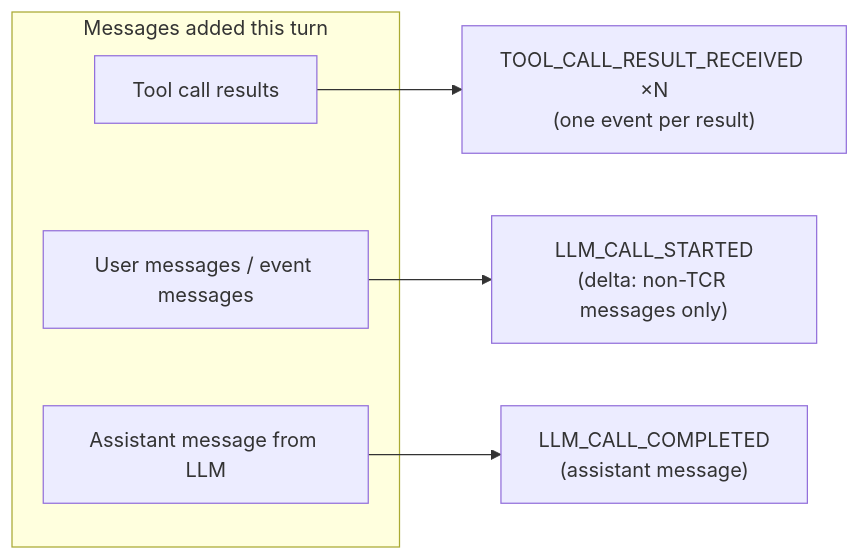
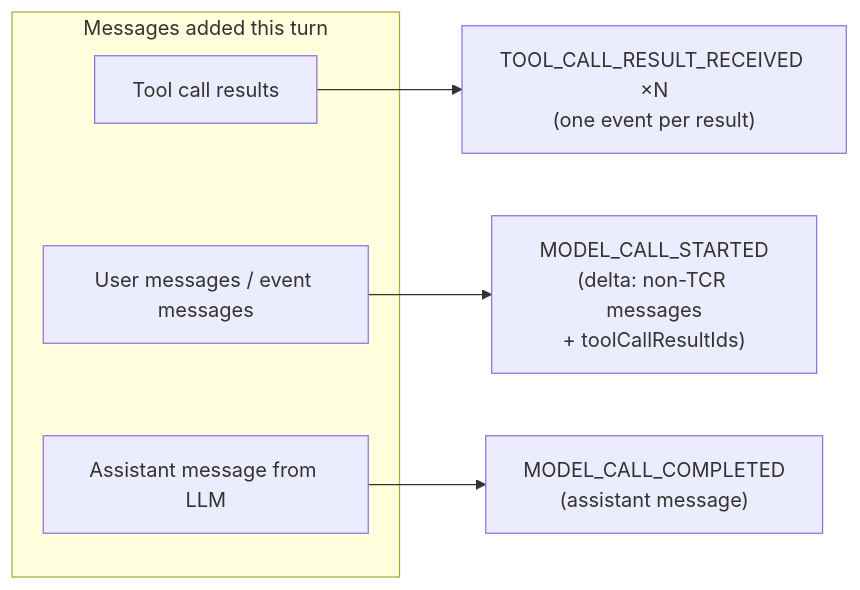
One commit to camunda/connectors changed the fifth of 7 diagrams in connectors/agentic-ai/docs/tracing/design.md. Above: the diagram before and after it, drawn with Mermaid. The commit also changed other lines of this file and 1 other file, not shown here.

````diff
--- a/connectors/agentic-ai/docs/tracing/design.md
+++ b/connectors/agentic-ai/docs/tracing/design.md
@@ -612,12 +703,12 @@
 ```mermaid
 flowchart LR
     subgraph "Messages added this turn"
         TCR[Tool call results]
         UM[User messages / event messages]
         AM[Assistant message from LLM]
     end
 
     TCR --> E1["TOOL_CALL_RESULT_RECEIVED ×N<br/>(one event per result)"]
-    UM --> E2["LLM_CALL_STARTED<br/>(delta: non-TCR messages only)"]
-    AM --> E3["LLM_CALL_COMPLETED<br/>(assistant message)"]
+    UM --> E2["MODEL_CALL_STARTED<br/>(delta: non-TCR messages<br/>+ toolCallResultIds)"]
+    AM --> E3["MODEL_CALL_COMPLETED<br/>(assistant message)"]
 ```
````
